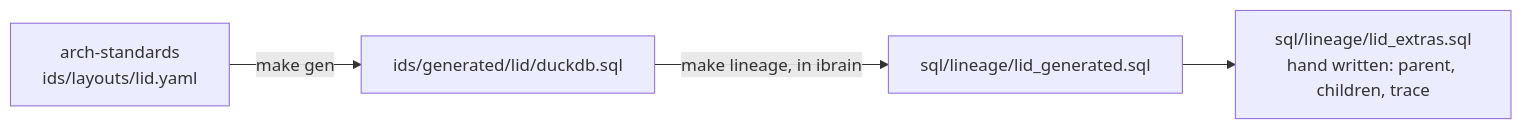
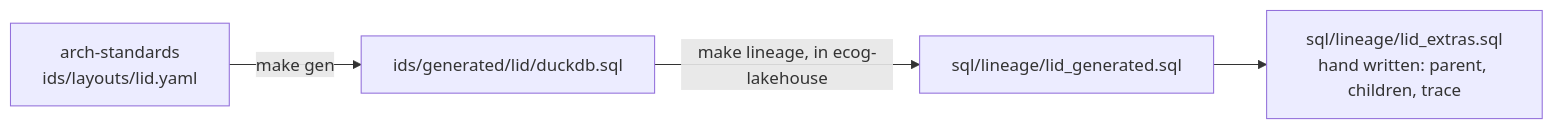
One commit to MrBisonte/ecog-lakehouse changed the second of 2 diagrams in docs/manual.md. Above: the diagram before and after it, drawn with Mermaid. The commit also changed other lines of this file and 26 other files, not shown here.

First line of the commit message:
chore(rename): ibrain to ecog-lakehouse in every path, URL and title

````diff
--- a/docs/manual.md
+++ b/docs/manual.md
@@ -137,6 +137,6 @@
 ```mermaid
 flowchart LR
   Y[arch-standards<br>ids/layouts/lid.yaml] -->|make gen| D[ids/generated/lid/duckdb.sql]
-  D -->|make lineage, in ibrain| L[sql/lineage/lid_generated.sql]
+  D -->|make lineage, in ecog-lakehouse| L[sql/lineage/lid_generated.sql]
   L --> X[sql/lineage/lid_extras.sql<br>hand written: parent, children, trace]
 ```
````
